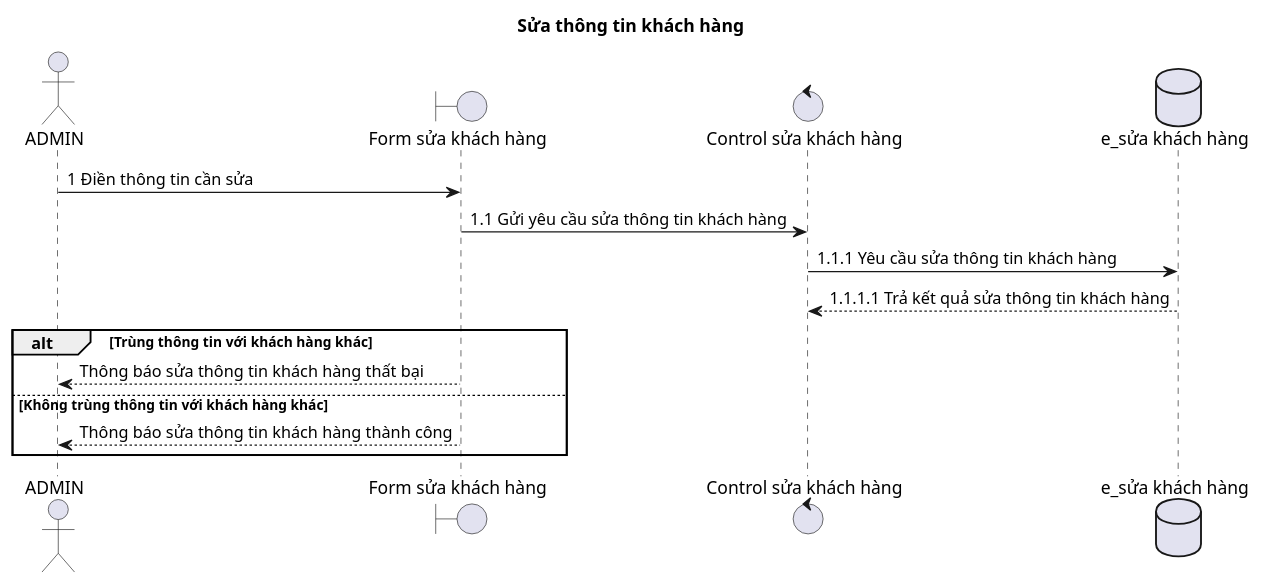
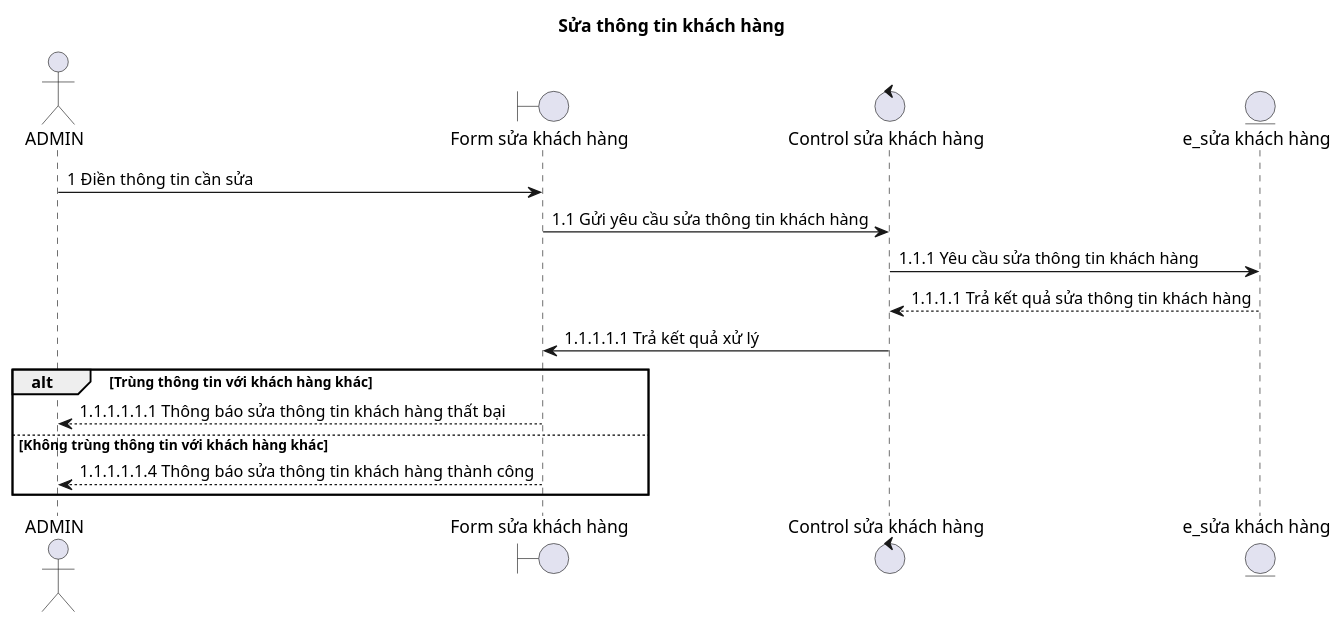
Before and after one commit to duygri/do-an-htttdn-crm: the diagram in docs/diagrams/sequence/preview/03-edit-customer-information.puml, drawn with PlantUML. The commit also changed 9 other files, not shown here.

Commit message:
docs: align PlantUML BCE notation

```diff
--- a/docs/diagrams/sequence/preview/03-edit-customer-information.puml
+++ b/docs/diagrams/sequence/preview/03-edit-customer-information.puml
@@ -1,19 +1,20 @@
 @startuml
 title Sửa thông tin khách hàng
 
 actor ADMIN as Admin
 boundary "Form sửa khách hàng" as Boundary
 control "Control sửa khách hàng" as Control
-database "e_sửa khách hàng" as Entity
+entity "e_sửa khách hàng" as Entity
 
 Admin -> Boundary: 1 Điền thông tin cần sửa
 Boundary -> Control: 1.1 Gửi yêu cầu sửa thông tin khách hàng
 Control -> Entity: 1.1.1 Yêu cầu sửa thông tin khách hàng
 Entity --> Control: 1.1.1.1 Trả kết quả sửa thông tin khách hàng
+Control -> Boundary: 1.1.1.1.1 Trả kết quả xử lý
 
 alt Trùng thông tin với khách hàng khác
-  Boundary --> Admin: Thông báo sửa thông tin khách hàng thất bại
+  Boundary --> Admin: 1.1.1.1.1.1 Thông báo sửa thông tin khách hàng thất bại
 else Không trùng thông tin với khách hàng khác
-  Boundary --> Admin: Thông báo sửa thông tin khách hàng thành công
+  Boundary --> Admin: 1.1.1.1.1.4 Thông báo sửa thông tin khách hàng thành công
 end
 @enduml
```
